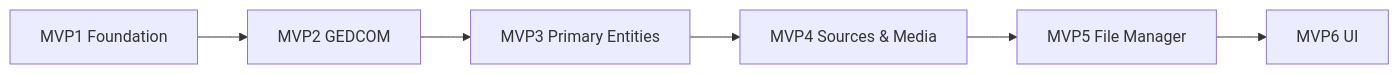
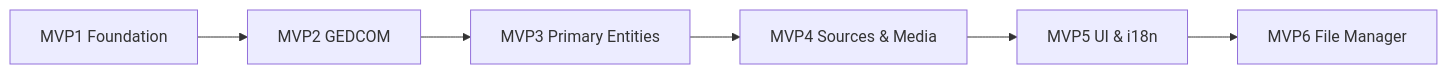
Before and after one commit to vata-apps/vata-app: the diagram in docs/product/roadmap.md, drawn with Mermaid. The commit also changed other lines of this file and 81 other files, not shown here.

````diff
--- a/docs/product/roadmap.md
+++ b/docs/product/roadmap.md
@@ -7,8 +7,8 @@
 ```mermaid
 graph LR
     MVP1[MVP1 Foundation] --> MVP2[MVP2 GEDCOM]
     MVP2 --> MVP3[MVP3 Primary Entities]
     MVP3 --> MVP4[MVP4 Sources & Media]
-    MVP4 --> MVP5[MVP5 File Manager]
-    MVP5 --> MVP6[MVP6 UI]
+    MVP4 --> MVP5[MVP5 UI & i18n]
+    MVP5 --> MVP6[MVP6 File Manager]
 ```
````
